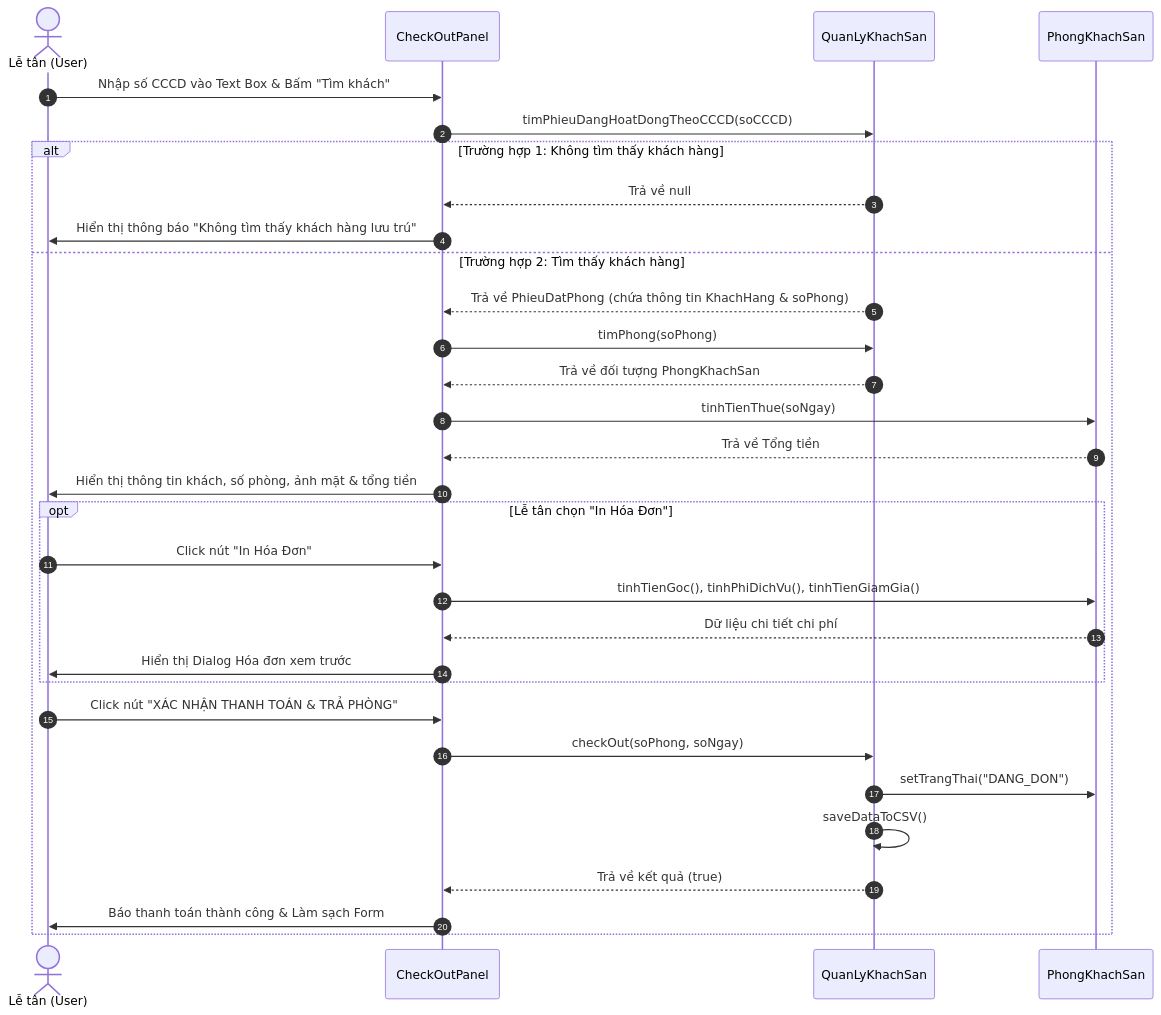
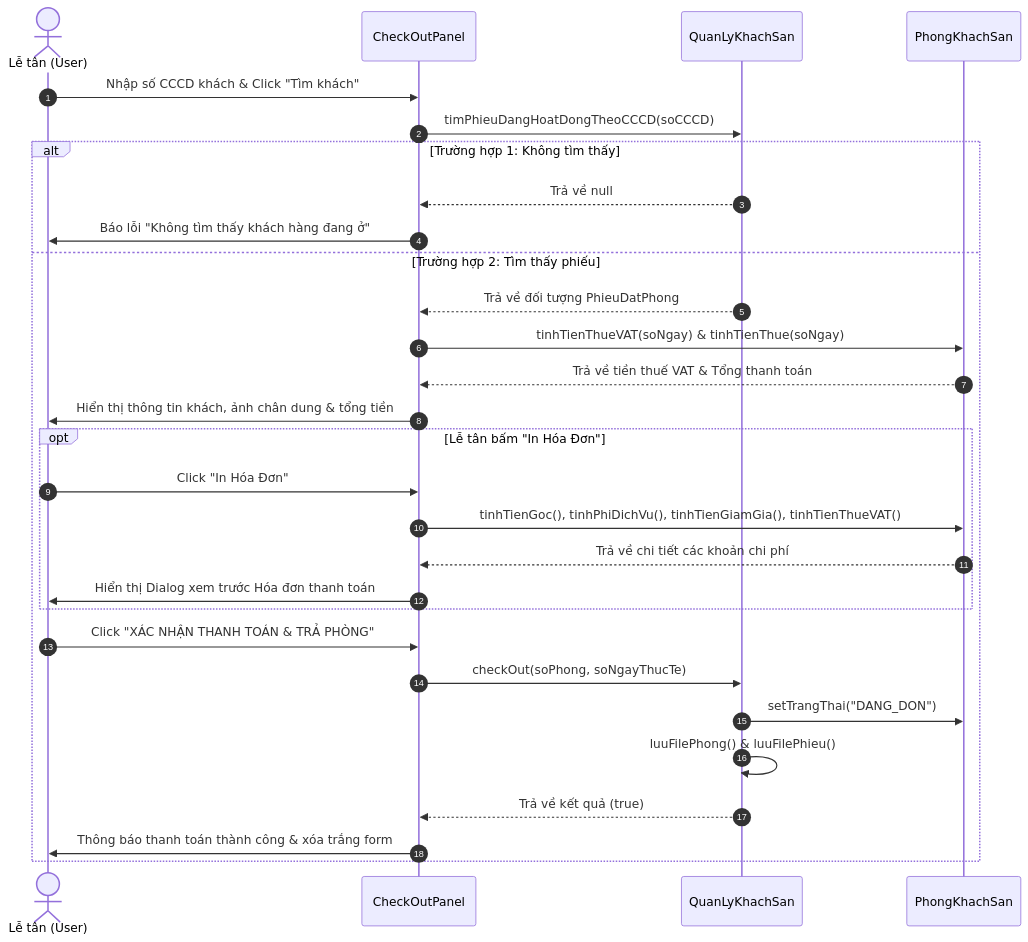
One commit to NNTTuan/HotelBookingSystem changed the diagram in docs/diagrams/sequence_checkout.mmd. Above: the diagram before and after it, drawn with Mermaid. The commit also changed 9 other files, not shown here.

```diff
--- a/docs/diagrams/sequence_checkout.mmd
+++ b/docs/diagrams/sequence_checkout.mmd
@@ -1,36 +1,33 @@
 sequenceDiagram
     autonumber
     actor Staff as Lễ tân (User)
     participant UI as CheckOutPanel
     participant Service as QuanLyKhachSan
     participant Model as PhongKhachSan
 
-    Staff->>UI: Nhập số CCCD vào Text Box & Bấm "Tìm khách"
+    Staff->>UI: Nhập số CCCD khách & Click "Tìm khách"
     UI->>Service: timPhieuDangHoatDongTheoCCCD(soCCCD)
 
-    alt Trường hợp 1: Không tìm thấy khách hàng
+    alt Trường hợp 1: Không tìm thấy
         Service-->>UI: Trả về null
-        UI->>Staff: Hiển thị thông báo "Không tìm thấy khách hàng lưu trú"
-    else Trường hợp 2: Tìm thấy khách hàng
-        Service-->>UI: Trả về PhieuDatPhong (chứa thông tin KhachHang & soPhong)
-        UI->>Service: timPhong(soPhong)
-        Service-->>UI: Trả về đối tượng PhongKhachSan
+        UI->>Staff: Báo lỗi "Không tìm thấy khách hàng đang ở"
+    else Trường hợp 2: Tìm thấy phiếu
+        Service-->>UI: Trả về đối tượng PhieuDatPhong
+        UI->>Model: tinhTienThueVAT(soNgay) & tinhTienThue(soNgay)
+        Model-->>UI: Trả về tiền thuế VAT & Tổng thanh toán
+        UI->>Staff: Hiển thị thông tin khách, ảnh chân dung & tổng tiền
 
-        UI->>Model: tinhTienThue(soNgay)
-        Model-->>UI: Trả về Tổng tiền
-        UI->>Staff: Hiển thị thông tin khách, số phòng, ảnh mặt & tổng tiền
-
-        opt Lễ tân chọn "In Hóa Đơn"
-            Staff->>UI: Click nút "In Hóa Đơn"
-            UI->>Model: tinhTienGoc(), tinhPhiDichVu(), tinhTienGiamGia()
-            Model-->>UI: Dữ liệu chi tiết chi phí
-            UI->>Staff: Hiển thị Dialog Hóa đơn xem trước
+        opt Lễ tân bấm "In Hóa Đơn"
+            Staff->>UI: Click "In Hóa Đơn"
+            UI->>Model: tinhTienGoc(), tinhPhiDichVu(), tinhTienGiamGia(), tinhTienThueVAT()
+            Model-->>UI: Trả về chi tiết các khoản chi phí
+            UI->>Staff: Hiển thị Dialog xem trước Hóa đơn thanh toán
         end
 
-        Staff->>UI: Click nút "XÁC NHẬN THANH TOÁN & TRẢ PHÒNG"
-        UI->>Service: checkOut(soPhong, soNgay)
+        Staff->>UI: Click "XÁC NHẬN THANH TOÁN & TRẢ PHÒNG"
+        UI->>Service: checkOut(soPhong, soNgayThucTe)
         Service->>Model: setTrangThai("DANG_DON")
-        Service->>Service: saveDataToCSV()
+        Service->>Service: luuFilePhong() & luuFilePhieu()
         Service-->>UI: Trả về kết quả (true)
-        UI->>Staff: Báo thanh toán thành công & Làm sạch Form
+        UI->>Staff: Thông báo thanh toán thành công & xóa trắng form
     end
```
